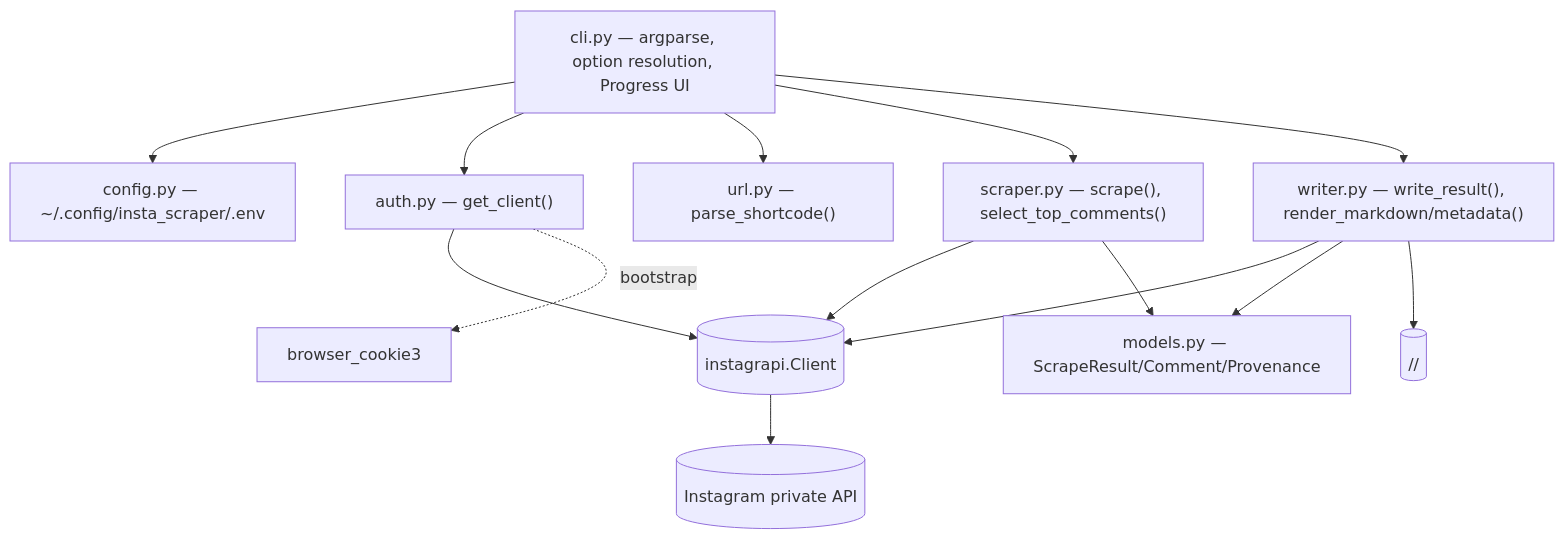
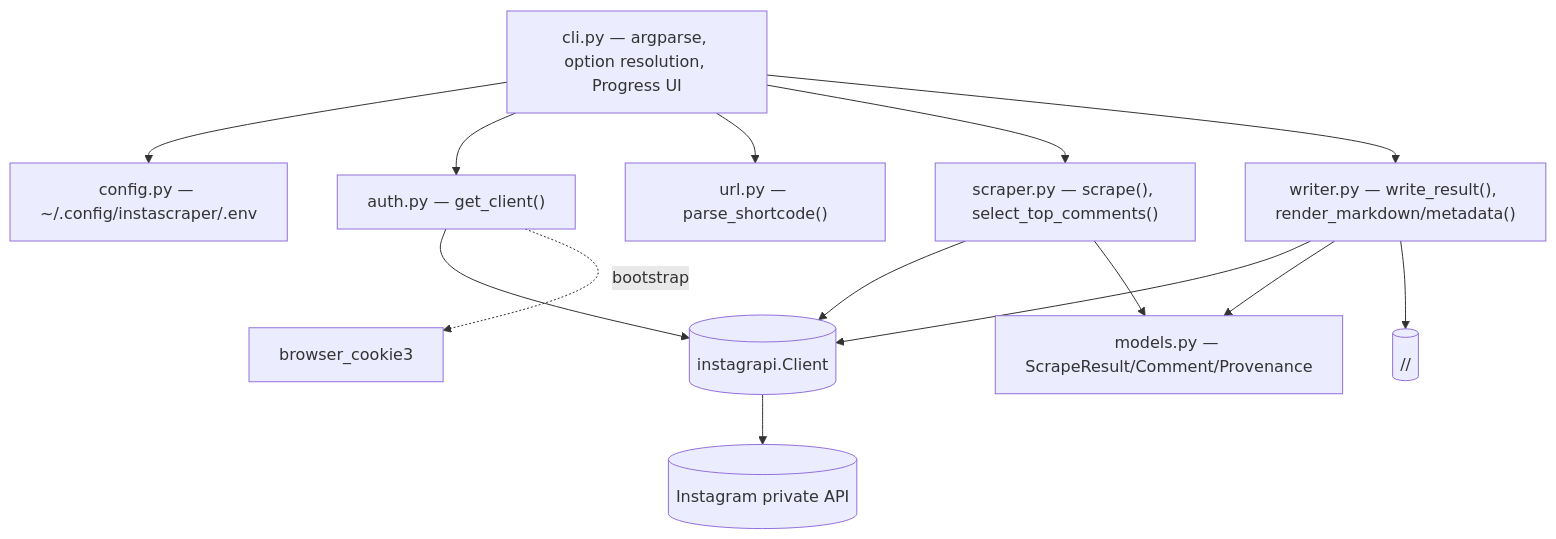
The first of 3 diagrams in specs/system/architecture.md (tillg/instascraper), drawn with Mermaid before and after one commit. The commit also changed other lines of this file and 23 other files, not shown here.

First line of the commit message:
Rename package insta_scraper -> instascraper

````diff
--- a/specs/system/architecture.md
+++ b/specs/system/architecture.md
@@ -16,16 +16,16 @@
 ```mermaid
 flowchart TD
-    CLI["cli.py — argparse, option resolution, Progress UI"] --> CONFIG["config.py — ~/.config/insta_scraper/.env"]
+    CLI["cli.py — argparse, option resolution, Progress UI"] --> CONFIG["config.py — ~/.config/instascraper/.env"]
     CLI --> AUTH["auth.py — get_client()"]
     CLI --> URLP["url.py — parse_shortcode()"]
     CLI --> SCRAPE["scraper.py — scrape(), select_top_comments()"]
     CLI --> WRITE["writer.py — write_result(), render_markdown/metadata()"]
     AUTH --> CLIENT[("instagrapi.Client")]
     AUTH -. "bootstrap" .-> BC["browser_cookie3"]
     SCRAPE --> CLIENT
     WRITE --> CLIENT
     SCRAPE --> MODELS["models.py — ScrapeResult/Comment/Provenance"]
     WRITE --> MODELS
     WRITE --> FS[("<target-dir>/<shortcode>/")]
     CLIENT --> IG[("Instagram private API")]
 ```
````
